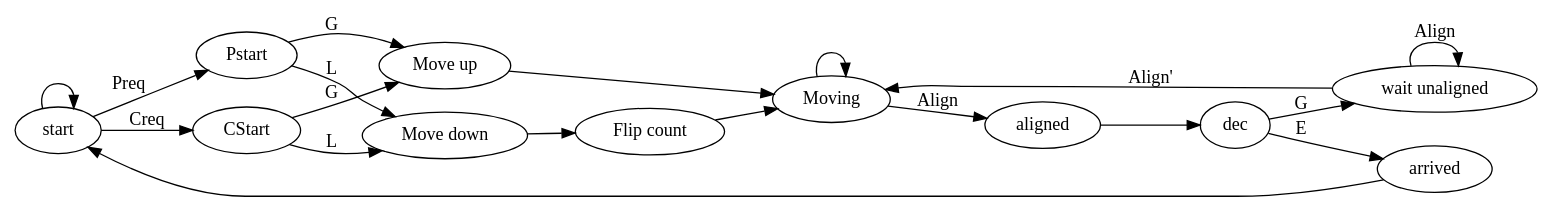
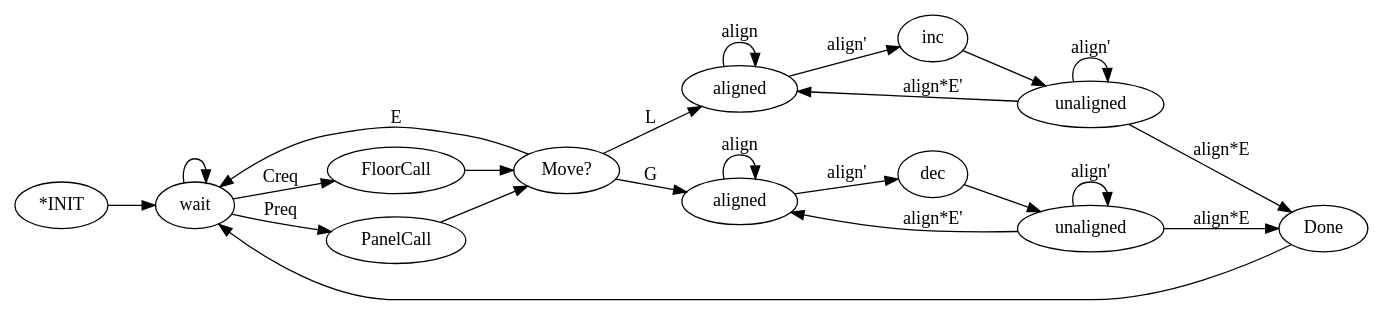
One commit to coulston/Digital-Design changed the diagram in Textbook Latex/chapter07/FigHw/sol7-12.dot. Above: the diagram before and after it, drawn with Graphviz. The commit also changed 10 other files, not shown here.

```diff
--- a/Textbook Latex/chapter07/FigHw/sol7-12.dot
+++ b/Textbook Latex/chapter07/FigHw/sol7-12.dot
@@ -1,27 +1,42 @@
 digraph FSM{
     graph[rankdir="LR"]
-    start
-    start -> start
-    start -> CStart[label="Creq"]
-    start -> Pstart[xlabel="Preq"]
-    movup[label="Move up"]
-    movdown[label="Move down"]
-    CStart -> movup[label="G"]
-    Pstart -> movup[label="G"]
-    CStart -> movdown[label="L"]
-    Pstart -> movdown[label="L"]
-    waitmv[label="Moving"]
-    movup -> waitmv
-    invDelt[label="Flip count"]
-    movdown -> invDelt-> waitmv
-    waitmv -> waitmv
-    waitmv -> aligned[label="Align"]
-    aligned -> dec
-    waitual[label="wait unaligned"]
-    dec -> waitual[label="G"]
-    waitual -> waitmv[label="Align'"]
-    waitual -> waitual[label="Align"]
-    dec -> arrived[label="E"]
-    arrived -> start
+    INIT[label="*INIT", rank=max]
+    INIT -> wait
+    wait[label="wait"]
+    wait -> wait
+    Done
+    FloorCall
+    PanelCall
+    Move[label="Move?"]
+    aUp[label="aligned"]
+    decUp[label="dec"]
+    uaUp[label="unaligned"]
+    aDown[label="aligned"]
+    incDw[label="inc"]
+    uaDw[label="unaligned"]
+    wait -> FloorCall[label="Creq"]
+    wait -> PanelCall[label="Preq"]
+    FloorCall -> Move
+    PanelCall -> Move
+    Move -> aUp   [label="G"]
+    Move -> aDown [label="L"]
+    Move -> wait[label="E"]
+    subgraph{
+        aUp   -> aUp  [label="align"]
+        aUp   -> decUp[label="align'"]
+        decUp -> uaUp
+        uaUp  -> uaUp [label="align'"]
+        uaUp  -> aUp  [label="align*E'"]
+        uaUp  -> Done [label="align*E"]
+    }
+    subgraph{
+        aDown -> aDown[label="align"]
+        aDown -> incDw[label="align'"]
+        incDw -> uaDw
+        uaDw  -> uaDw [label="align'"]
+        uaDw  -> aDown[label="align*E'"]
+        uaDw  -> Done [label="align*E"]
+    }
+    Done -> wait
 }
 # W/ ALU to calculate Delta, Comparator
```
